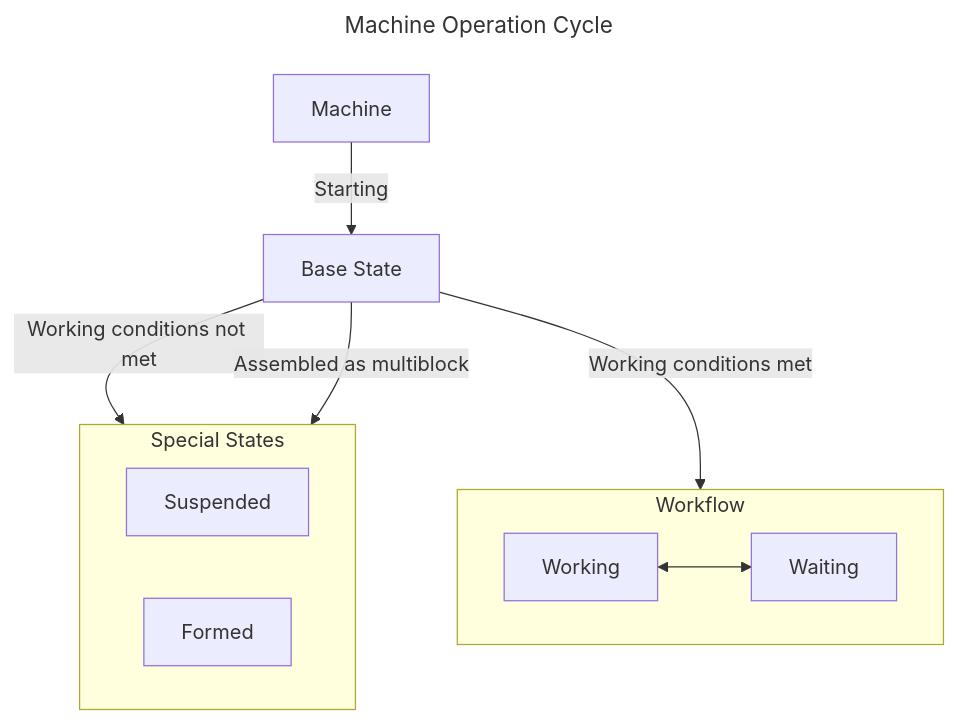
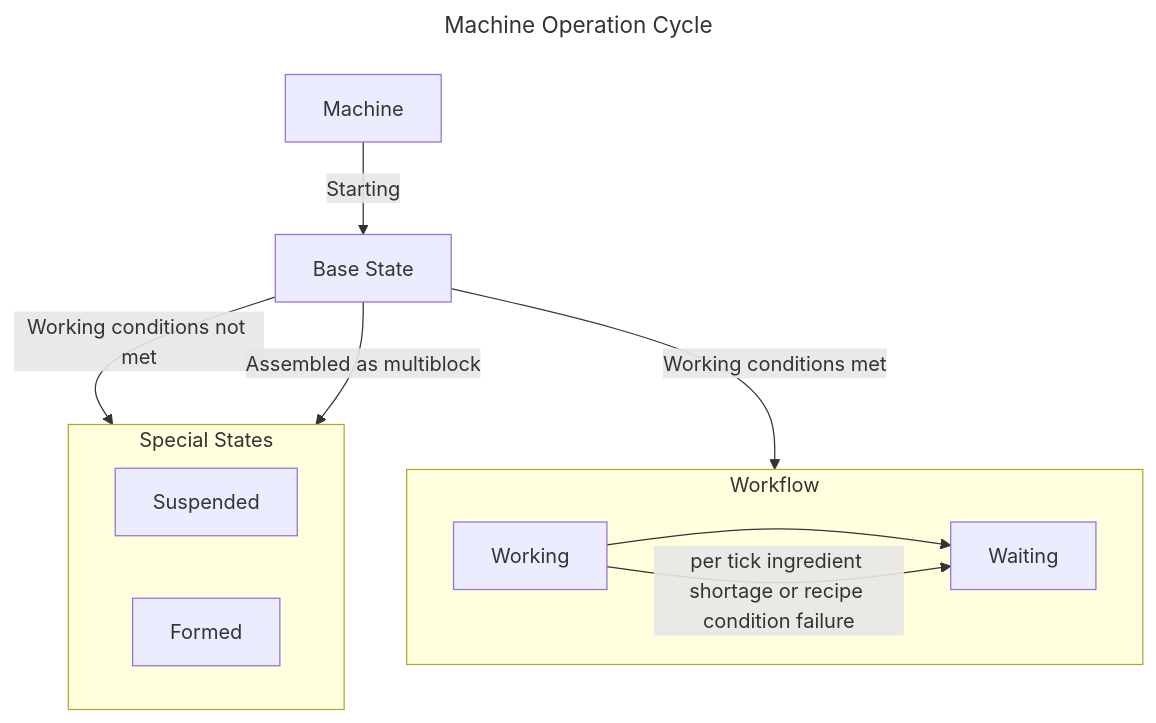
Before and after one commit to CrychicTeam/CrychicDoc: the diagram in docs/en/mods/custom/MBD2/SingleBlockBasic.md, drawn with Mermaid. The commit also changed 2 other files, not shown here.

Commit message:
Update CNAME.

````diff
--- a/docs/en/mods/custom/MBD2/SingleBlockBasic.md
+++ b/docs/en/mods/custom/MBD2/SingleBlockBasic.md
@@ -20,24 +20,25 @@
 ```mermaid
 ---
 title: Machine Operation Cycle
 ---
 flowchart TB
     A[Machine] -->|Starting| B[Base State]
     B -->|Working conditions met| C
     B -->|Working conditions not met| G
     B -->|Assembled as multiblock| F
 
     subgraph Workflow ["Workflow"]
     direction LR
-    C[Working] <--> D[Waiting]
+    C[Working]--> D[Waiting]
+    C -->|per tick ingredient shortage or recipe condition failure| D
     end
 
     subgraph Special States ["Special States"]
     direction LR
     G[Suspended]
     F[Formed]
     end
 
     class C,D working;
     class G,F special;
 ```
````
